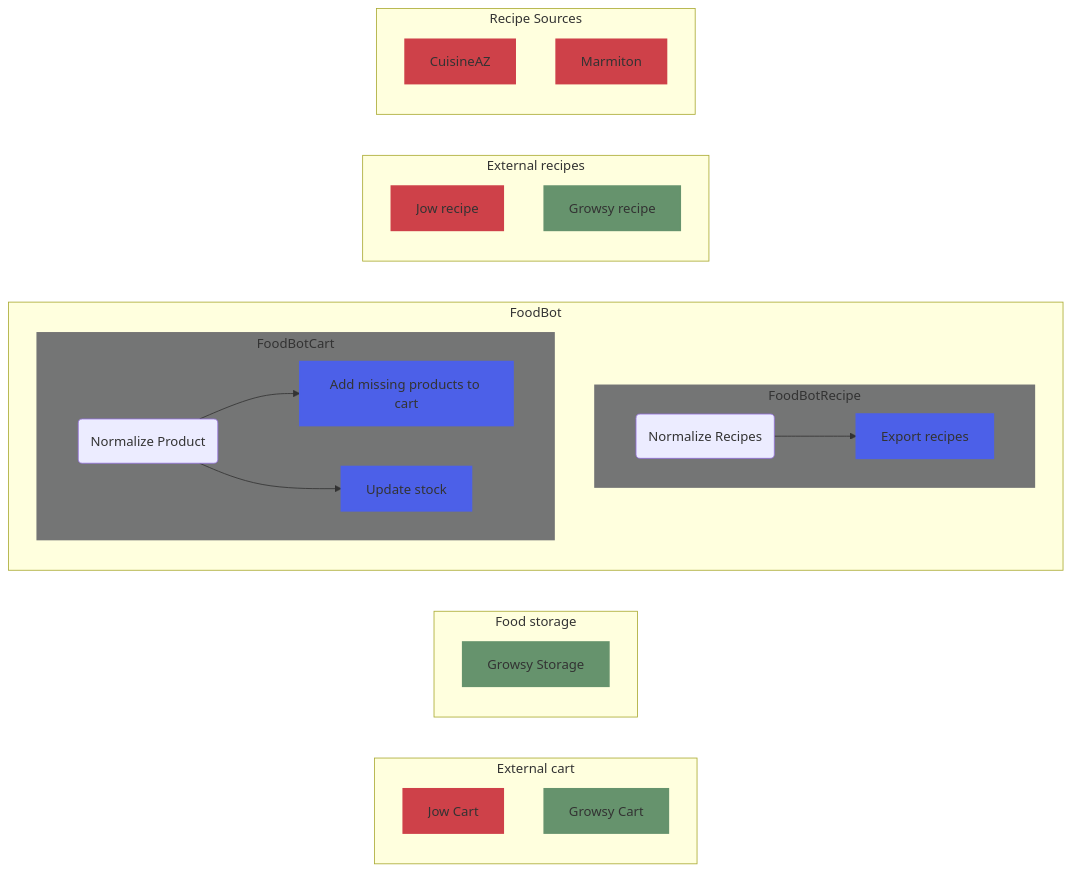
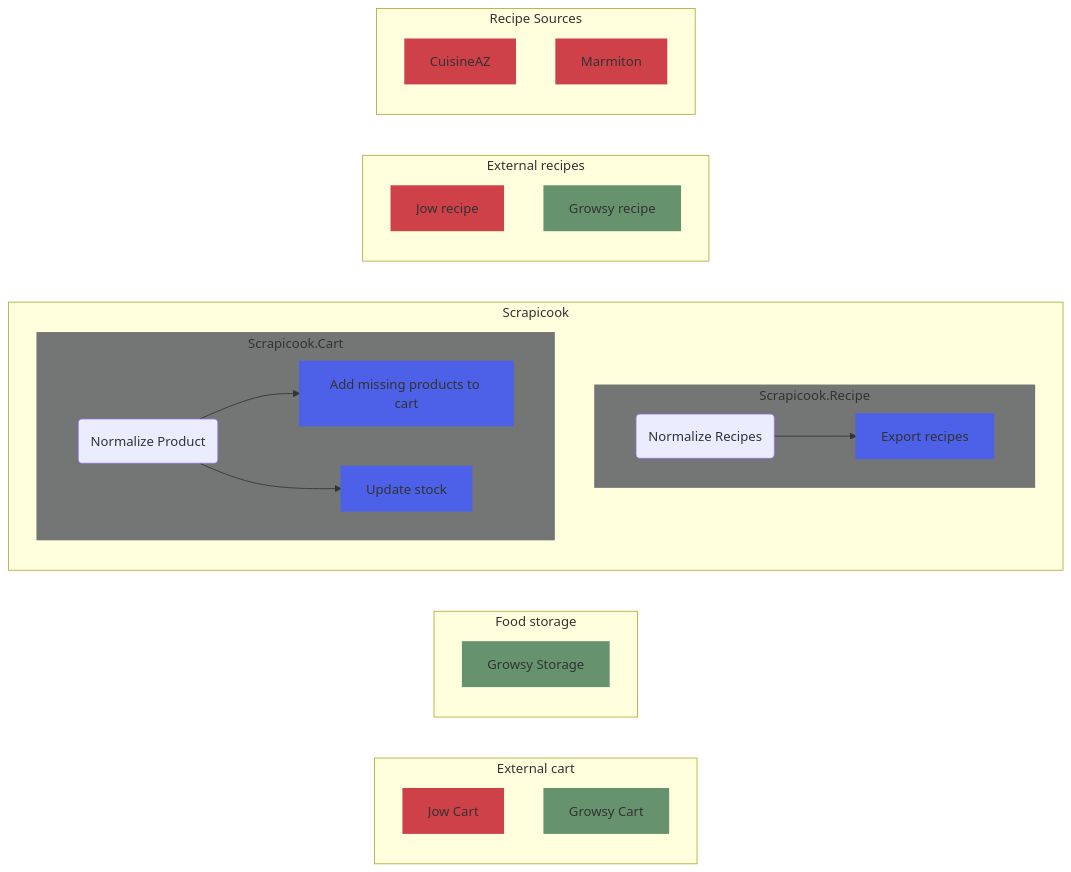
The first of 5 diagrams in readme.md (vincentbattez/Scrapicook), drawn with Mermaid before and after one commit. The commit also changed other lines of this file and 1 other file, not shown here.

Commit message:
feat: add interfaces and queries for recipe creation

````diff
--- a/readme.md
+++ b/readme.md
@@ -2,58 +2,58 @@
 ```mermaid
 graph LR
     %% colors
-    style FoodBotCart fill:#747575,stroke:#747575,stroke-width:2px
-    style FoodBotRecipe fill:#747575,stroke:#747575,stroke-width:2px
+    style Scrapicook.Cart fill:#747575,stroke:#747575,stroke-width:2px
+    style Scrapicook.Recipe fill:#747575,stroke:#747575,stroke-width:2px
 
     style ADD_CART fill:#4C60E8,stroke:#4C60E8,stroke-width:2px
     style EXPORT fill:#4C60E8,stroke:#4C60E8,stroke-width:2px
     style UPDATE fill:#4C60E8,stroke:#4C60E8,stroke-width:2px
     
     style JOW_CART fill:#CE4149,stroke:#CE4149,stroke-width:2px
     style JOW_RECIPE fill:#CE4149,stroke:#CE4149,stroke-width:2px
     
     style CAZ fill:#CE4149,stroke:#CE4149,stroke-width:2px
     style MAR fill:#CE4149,stroke:#CE4149,stroke-width:2px
     
     style GSY_CART fill:#66936D,stroke:#66936D,stroke-width:2px
     style GSY_STOCK fill:#66936D,stroke:#66936D,stroke-width:2px
     style GSY_RECIPE fill:#66936D,stroke:#66936D,stroke-width:2px
 
     %% subgraph
     
     subgraph External cart
         GSY_CART[Growsy Cart]
         JOW_CART[Jow Cart]
     end
     subgraph Food storage
         GSY_STOCK[Growsy Storage]
     end
 
-    subgraph FoodBot
-        subgraph FoodBotRecipe
+    subgraph Scrapicook
+        subgraph Scrapicook.Recipe
             NORMALIZE_RECIPE(Normalize Recipes)
             EXPORT[Export recipes]
         end
 
-        subgraph FoodBotCart
+        subgraph Scrapicook.Cart
             NORMALIZE(Normalize Product)
             ADD_CART[Add missing products to cart]
             UPDATE[Update stock]
         end
     end
 
     subgraph External_recipe[External recipes]
         GSY_RECIPE[Growsy recipe]
         JOW_RECIPE[Jow recipe]
     end
 
 
     subgraph Recipe Sources
         CAZ[CuisineAZ]
         MAR[Marmiton]
     end
     
     NORMALIZE --> ADD_CART
     NORMALIZE --> UPDATE
     NORMALIZE_RECIPE --> EXPORT
 ```
````
